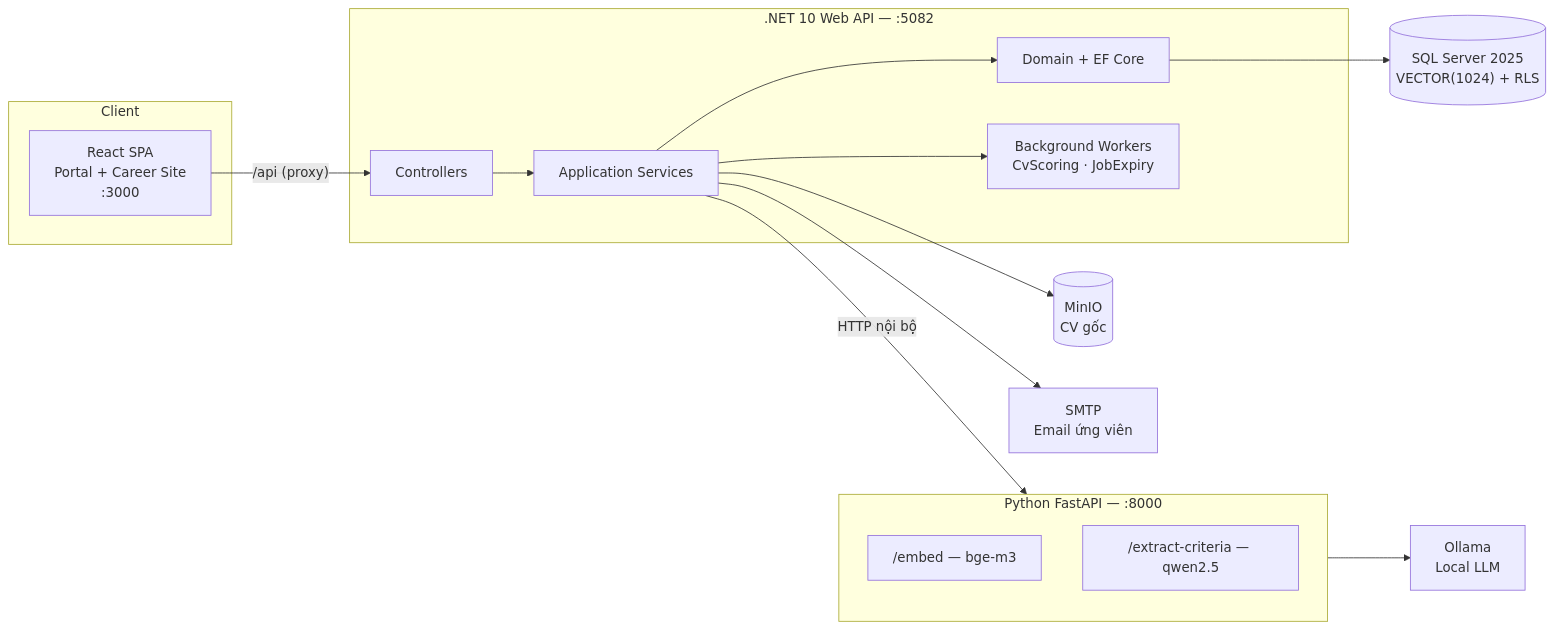
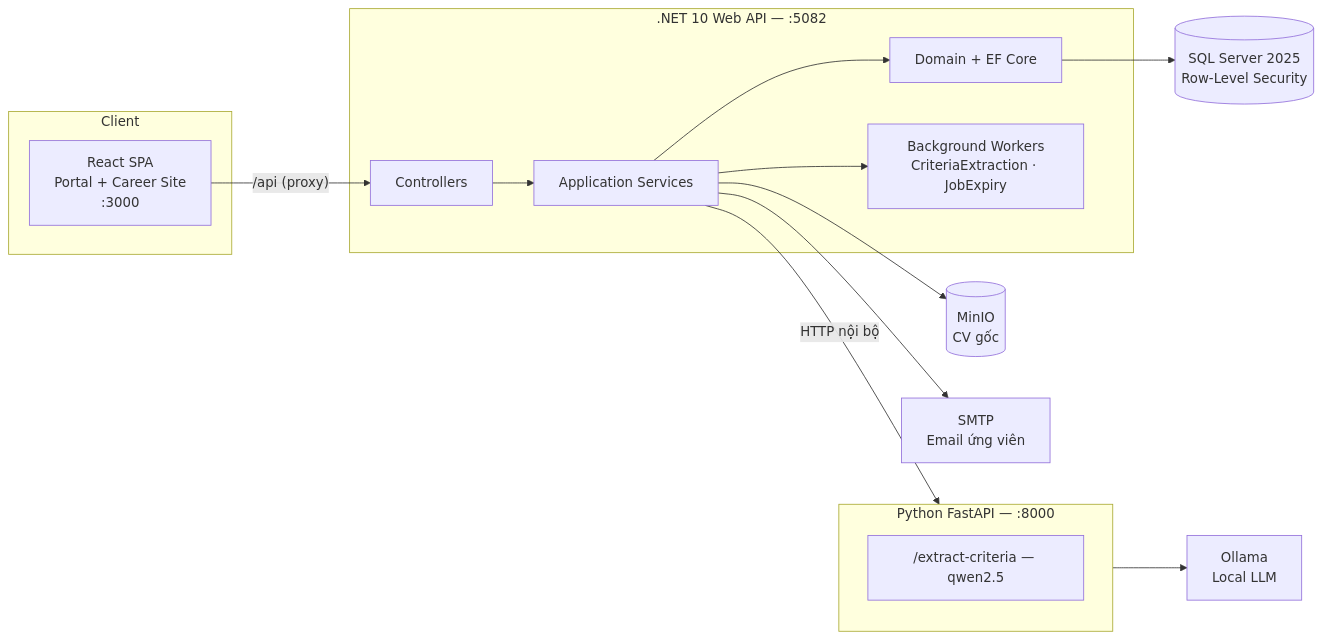
Before and after one commit to xXIOrehIXx/SRIS-Smart-Recruitment-and-Interview-System: the first of 2 diagrams in README.md, drawn with Mermaid. The commit also changed other lines of this file and 34 other files, not shown here.

First line of the commit message:
docs(ai-eval): rework criteria extraction experiment as prompt ablation

````diff
--- a/README.md
+++ b/README.md
@@ -74,32 +73,31 @@
 ```mermaid
 flowchart LR
     subgraph Client
         FE["React SPA<br/>Portal + Career Site<br/>:3000"]
     end
 
     subgraph Backend[".NET 10 Web API — :5082"]
         API["Controllers"]
         APP["Application Services"]
         DOM["Domain + EF Core"]
-        WRK["Background Workers<br/>CvScoring · JobExpiry"]
+        WRK["Background Workers<br/>CriteriaExtraction · JobExpiry"]
         API --> APP --> DOM
         APP --> WRK
     end
 
     subgraph AI["Python FastAPI — :8000"]
-        EMB["/embed — bge-m3"]
         EXT["/extract-criteria — qwen2.5"]
     end
 
-    DB[("SQL Server 2025<br/>VECTOR(1024) + RLS")]
+    DB[("SQL Server 2025<br/>Row-Level Security")]
     S3[("MinIO<br/>CV gốc")]
     SMTP["SMTP<br/>Email ứng viên"]
     OLL["Ollama<br/>Local LLM"]
 
     FE -- "/api (proxy)" --> API
     APP -- "HTTP nội bộ" --> AI
     AI --> OLL
     DOM --> DB
     APP --> S3
     APP --> SMTP
 ```
````
